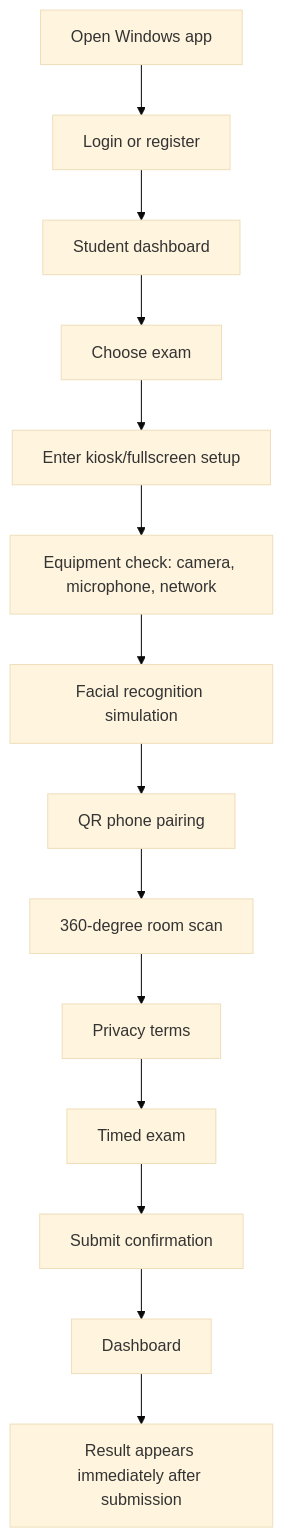
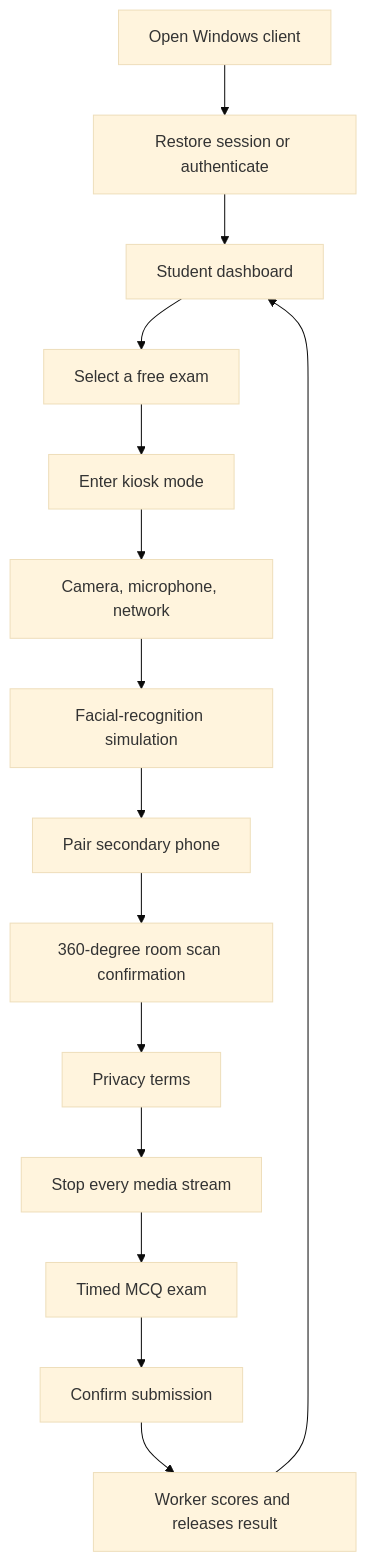
One commit to arijitcrossline-hue/crossline-csca-practice-client changed the second of 3 diagrams in Agents/system-map.md. Above: the diagram before and after it, drawn with Mermaid (base theme). The commit also changed other lines of this file and 20 other files, not shown here.

````diff
--- a/Agents/system-map.md
+++ b/Agents/system-map.md
@@ -98,16 +69,17 @@
 ```mermaid
 flowchart TD
-  A["Open Windows app"] --> B["Login or register"]
-  B --> C["Student dashboard"]
-  C --> D["Choose exam"]
-  D --> E["Enter kiosk/fullscreen setup"]
-  E --> F["Equipment check: camera, microphone, network"]
-  F --> G["Facial recognition simulation"]
-  G --> H["QR phone pairing"]
-  H --> I["360-degree room scan"]
-  I --> J["Privacy terms"]
-  J --> K["Timed exam"]
-  K --> L["Submit confirmation"]
-  L --> M["Dashboard"]
-  M --> N["Result appears immediately after submission"]
+  Open["Open Windows client"] --> Auth["Restore session or authenticate"]
+  Auth --> Dashboard["Student dashboard"]
+  Dashboard --> Select["Select a free exam"]
+  Select --> Kiosk["Enter kiosk mode"]
+  Kiosk --> Equipment["Camera, microphone, network"]
+  Equipment --> Face["Facial-recognition simulation"]
+  Face --> Pair["Pair secondary phone"]
+  Pair --> Scan["360-degree room scan confirmation"]
+  Scan --> Terms["Privacy terms"]
+  Terms --> Stop["Stop every media stream"]
+  Stop --> Exam["Timed MCQ exam"]
+  Exam --> Submit["Confirm submission"]
+  Submit --> Score["Worker scores and releases result"]
+  Score --> Dashboard
 ```
````
